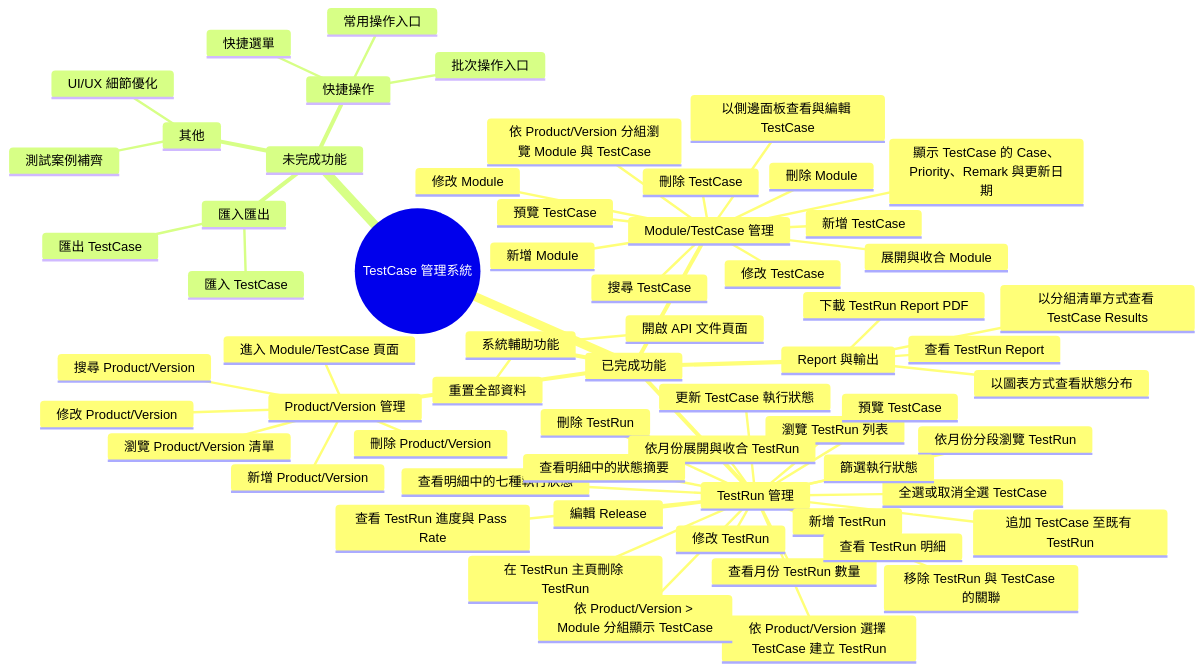
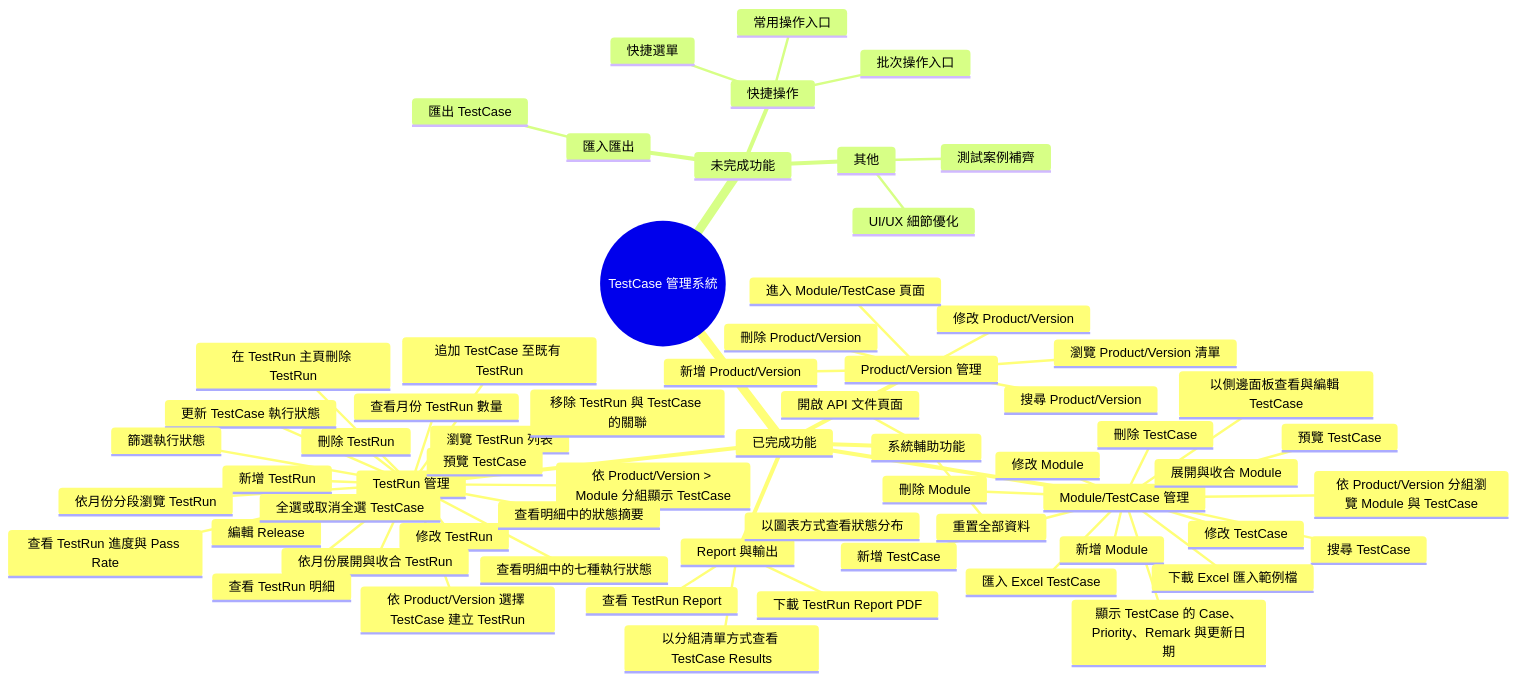
The diagram in SYSTEM_MINDMAP.md (finy0623742746/Testcase_Manager), drawn with Mermaid before and after one commit. The commit also changed 12 other files, not shown here.

````diff
--- a/SYSTEM_MINDMAP.md
+++ b/SYSTEM_MINDMAP.md
@@ -10,66 +10,67 @@
 ```mermaid
 mindmap
   root((TestCase 管理系統))
     已完成功能
       Product/Version 管理
         瀏覽 Product/Version 清單
         新增 Product/Version
         修改 Product/Version
         刪除 Product/Version
         搜尋 Product/Version
         進入 Module/TestCase 頁面
       Module/TestCase 管理
         依 Product/Version 分組瀏覽 Module 與 TestCase
         展開與收合 Module
         新增 Module
         修改 Module
         刪除 Module
         新增 TestCase
         修改 TestCase
         刪除 TestCase
         預覽 TestCase
         以側邊面板查看與編輯 TestCase
         搜尋 TestCase
         顯示 TestCase 的 Case、Priority、Remark 與更新日期
+        匯入 Excel TestCase
+        下載 Excel 匯入範例檔
       TestRun 管理
         瀏覽 TestRun 列表
         新增 TestRun
         修改 TestRun
         刪除 TestRun
         依月份分段瀏覽 TestRun
         查看月份 TestRun 數量
         依月份展開與收合 TestRun
         查看 TestRun 進度與 Pass Rate
         在 TestRun 主頁刪除 TestRun
         編輯 Release
         依 Product/Version 選擇 TestCase 建立 TestRun
         全選或取消全選 TestCase
         預覽 TestCase
         更新 TestCase 執行狀態
         查看 TestRun 明細
         依 Product/Version > Module 分組顯示 TestCase
         篩選執行狀態
         追加 TestCase 至既有 TestRun
         移除 TestRun 與 TestCase 的關聯
         查看明細中的七種執行狀態
         查看明細中的狀態摘要
       Report 與輸出
         查看 TestRun Report
         下載 TestRun Report PDF
         以圖表方式查看狀態分布
         以分組清單方式查看 TestCase Results
       系統輔助功能
         開啟 API 文件頁面
         重置全部資料
     未完成功能
       匯入匯出
         匯出 TestCase
-        匯入 TestCase
       快捷操作
         快捷選單
         常用操作入口
         批次操作入口
       其他
         UI/UX 細節優化
         測試案例補齊
 ```
````
